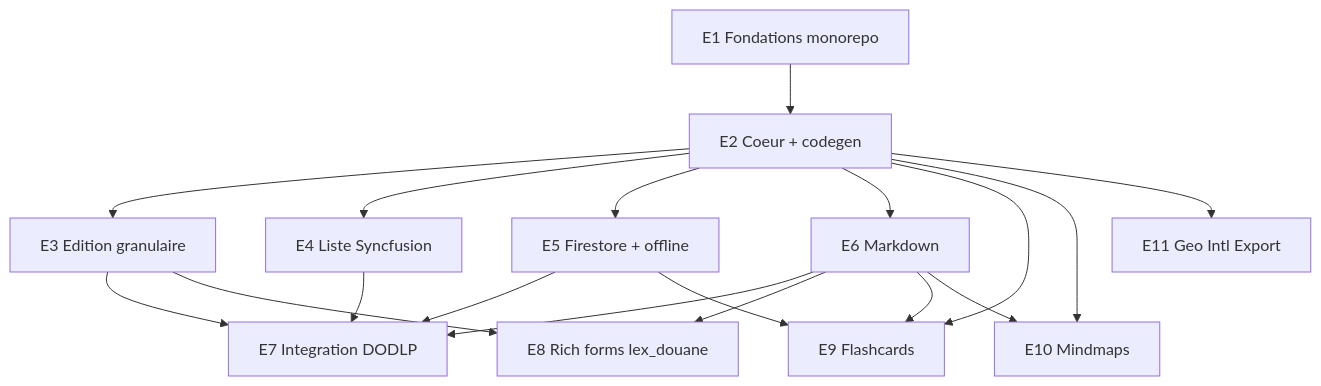
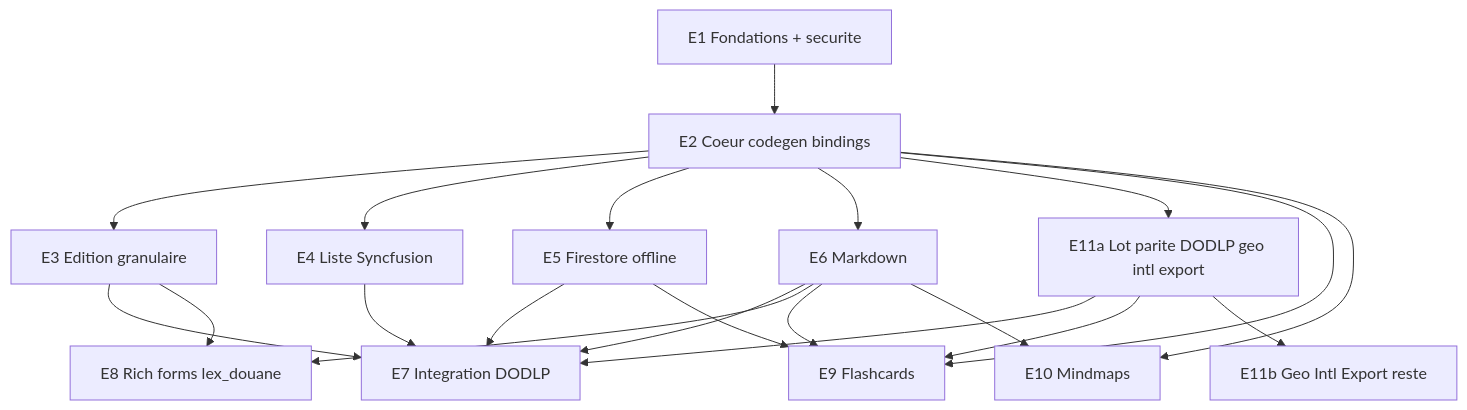
The diagram in _bmad-output/planning-artifacts/epics/epics-zcrud-2026-07-09/epics.md (zakarius-dev/zcrud), drawn with Mermaid before and after one commit. The commit also changed other lines of this file and 5 other files, not shown here.

````diff
--- a/_bmad-output/planning-artifacts/epics/epics-zcrud-2026-07-09/epics.md
+++ b/_bmad-output/planning-artifacts/epics/epics-zcrud-2026-07-09/epics.md
@@ -22,20 +22,23 @@
 ```mermaid
 graph TD
-  E1[E1 Fondations monorepo] --> E2[E2 Coeur + codegen]
+  E1[E1 Fondations + securite] --> E2[E2 Coeur codegen bindings]
   E2 --> E3[E3 Edition granulaire]
   E2 --> E4[E4 Liste Syncfusion]
-  E2 --> E5[E5 Firestore + offline]
+  E2 --> E5[E5 Firestore offline]
   E2 --> E6[E6 Markdown]
+  E2 --> E11a[E11a Lot parite DODLP geo intl export]
   E3 --> E7[E7 Integration DODLP]
   E4 --> E7
   E5 --> E7
   E6 --> E7
+  E11a --> E7
   E3 --> E8[E8 Rich forms lex_douane]
   E6 --> E8
   E2 --> E9[E9 Flashcards]
   E5 --> E9
   E6 --> E9
+  E11a --> E9
   E2 --> E10[E10 Mindmaps]
   E6 --> E10
-  E2 --> E11[E11 Geo Intl Export]
+  E11a --> E11b[E11b Geo Intl Export reste]
 ```
````
